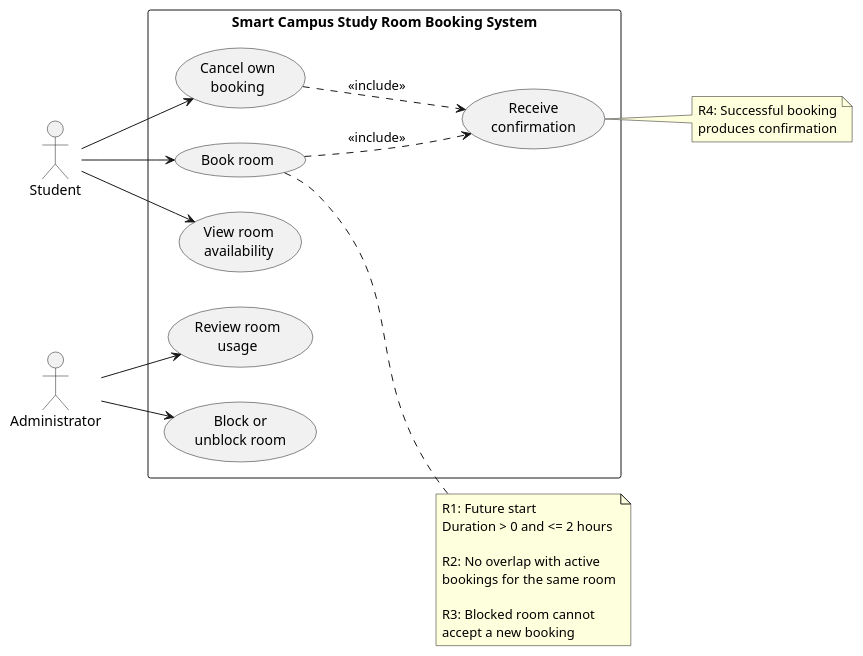
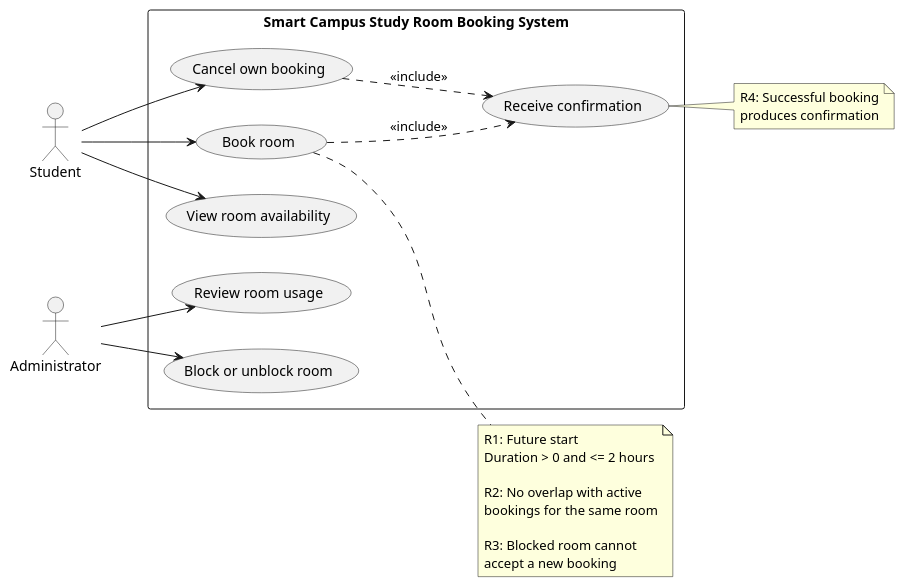
Before and after one commit to Darics3/se-practice: the diagram in week-04/models/use-case.puml, drawn with PlantUML. The commit also changed 1 other file, not shown here.

```diff
--- a/week-04/models/use-case.puml
+++ b/week-04/models/use-case.puml
@@ -1,46 +1,46 @@
 @startuml
 left to right direction
 
 actor Student
 actor Administrator
 
 rectangle "Smart Campus Study Room Booking System" {
-
-    usecase "View room\navailability" as UC1
-    usecase "Book room" as UC2
-    usecase "Cancel own\nbooking" as UC3
-    usecase "Block or\nunblock room" as UC4
-    usecase "Review room\nusage" as UC5
-    usecase "Receive\nconfirmation" as UC6
+    
+usecase "View room availability" as UC1
+usecase "Book room" as UC2
+usecase "Cancel own booking" as UC3
+usecase "Block or unblock room" as UC4
+usecase "Review room usage" as UC5
+usecase "Receive confirmation" as UC6
 
     ' why: R4 says every successful booking produces a confirmation
     UC2 ..> UC6 : <<include>>
 
     ' why: US-06 says confirmation is also received after cancellation
     UC3 ..> UC6 : <<include>>
 }
 
 Student --> UC1
 Student --> UC2
 Student --> UC3
 
 Administrator --> UC4
 Administrator --> UC5
 
 note right of UC2
 R1: Future start
 Duration > 0 and <= 2 hours
 
 R2: No overlap with active
 bookings for the same room
 
 R3: Blocked room cannot
 accept a new booking
 end note
 
 note right of UC6
 R4: Successful booking
 produces confirmation
 end note
 
 @enduml
```
